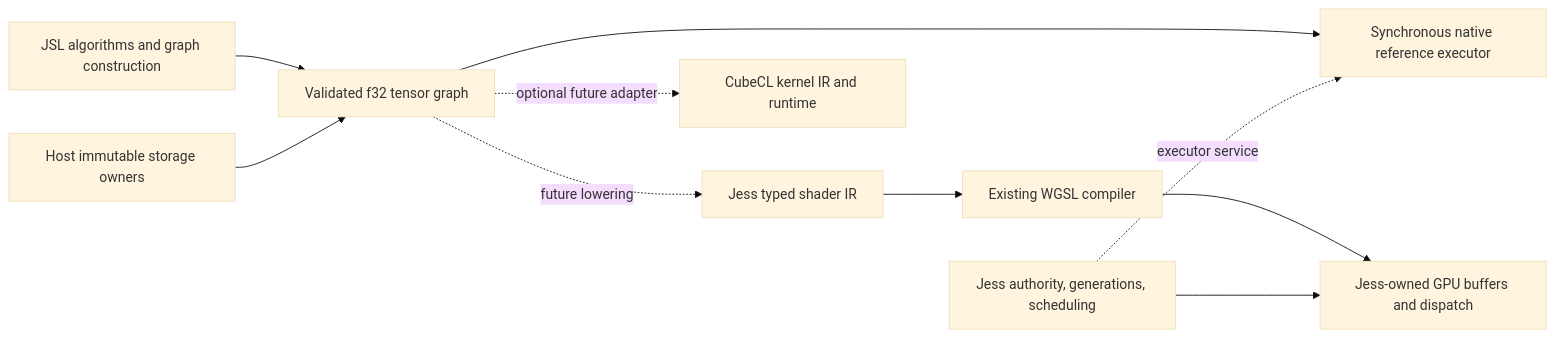
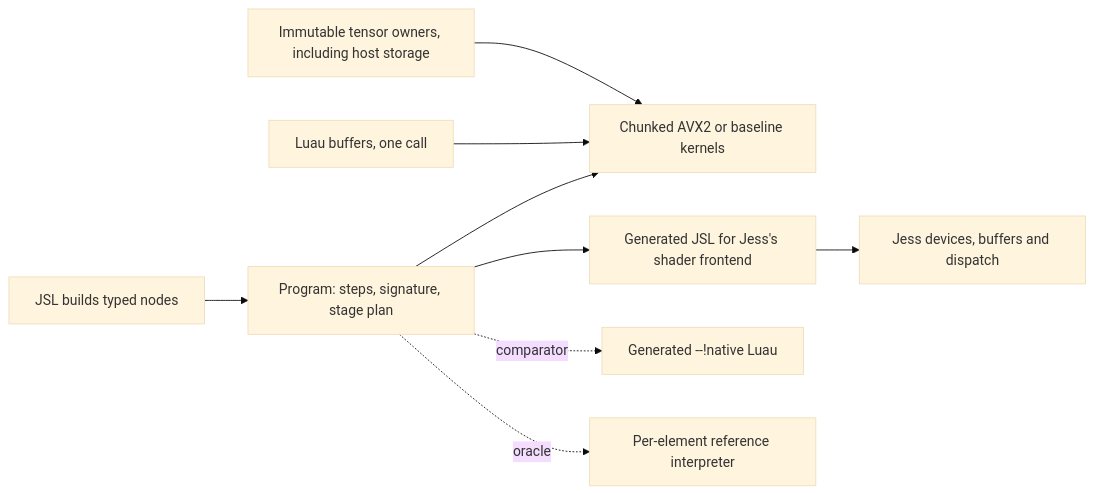
One commit to DreamWeave-MP/l3i changed the diagram in research/findings.md. Above: the diagram before and after it, drawn with Mermaid (base theme). The commit also changed other lines of this file and 2 other files, not shown here.

Commit message:
DOCS: Record the compute architecture decision and its evidence

````diff
--- a/research/findings.md
+++ b/research/findings.md
@@ -16,12 +14,11 @@
 ```mermaid
 flowchart LR
-    JSL[JSL algorithms and graph construction] --> Graph[Validated f32 tensor graph]
-    Graph --> CPU[Synchronous native reference executor]
-    Graph -. future lowering .-> Shader[Jess typed shader IR]
-    Shader --> WGSL[Existing WGSL compiler]
-    WGSL --> GPU[Jess-owned GPU buffers and dispatch]
-    Graph -. optional future adapter .-> Cube[CubeCL kernel IR and runtime]
-    Host[Jess authority, generations, scheduling] --> GPU
-    Host -. executor service .-> CPU
-    Owners[Host immutable storage owners] --> Graph
+    JSL[JSL builds typed nodes] --> Plan[Program: steps, signature, stage plan]
+    Plan --> CPU[Chunked AVX2 or baseline kernels]
+    Plan --> Shader[Generated JSL for Jess's shader frontend]
+    Plan -.comparator.-> Luau[Generated --!native Luau]
+    Plan -.oracle.-> Ref[Per-element reference interpreter]
+    Buffers[Luau buffers, one call] --> CPU
+    Owners[Immutable tensor owners, including host storage] --> CPU
+    Shader --> GPU[Jess devices, buffers and dispatch]
 ```
````
